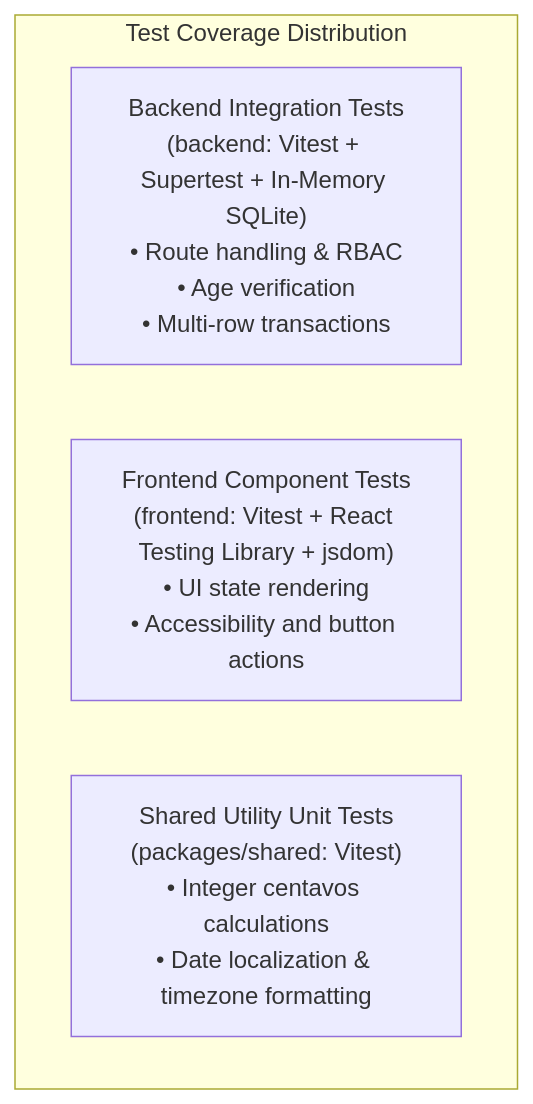
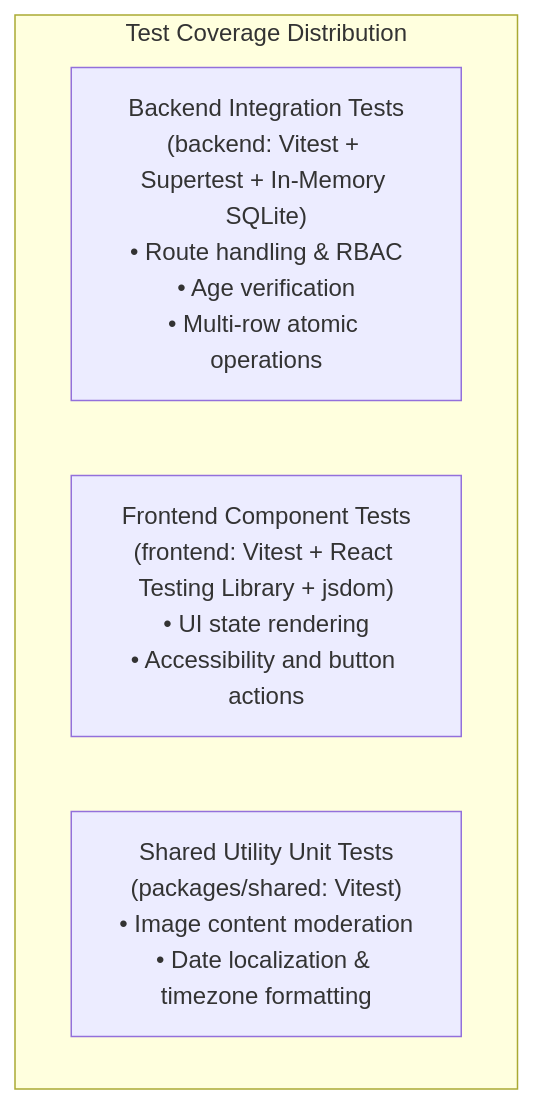
Before and after one commit to J3SS25/MCTED: the diagram in Development/testing/TESTING.md, drawn with Mermaid. The commit also changed other lines of this file and 104 other files, not shown here.

````diff
--- a/Development/testing/TESTING.md
+++ b/Development/testing/TESTING.md
@@ -11,8 +11,8 @@
 ```mermaid
 flowchart TD
     subgraph TestingPyramid ["Test Coverage Distribution"]
-        Integration["Backend Integration Tests<br/>(backend: Vitest + Supertest + In-Memory SQLite)<br/>• Route handling & RBAC<br/>• Age verification<br/>• Multi-row transactions"]
+        Integration["Backend Integration Tests<br/>(backend: Vitest + Supertest + In-Memory SQLite)<br/>• Route handling & RBAC<br/>• Age verification<br/>• Multi-row atomic operations"]
         Component["Frontend Component Tests<br/>(frontend: Vitest + React Testing Library + jsdom)<br/>• UI state rendering<br/>• Accessibility and button actions"]
-        Unit["Shared Utility Unit Tests<br/>(packages/shared: Vitest)<br/>• Integer centavos calculations<br/>• Date localization & timezone formatting"]
+        Unit["Shared Utility Unit Tests<br/>(packages/shared: Vitest)<br/>• Image content moderation<br/>• Date localization & timezone formatting"]
     end
 ```
````
